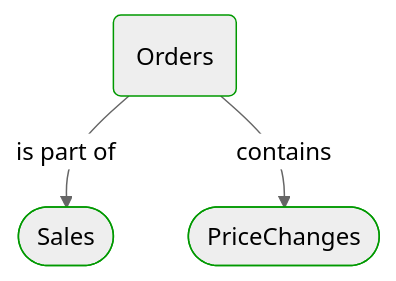
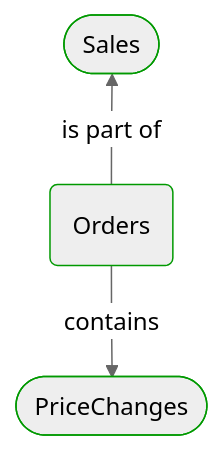
Before and after one commit to itlibrium/DDD-starter-dotnet: the first of 5 diagrams in Docs/P3/MermaidOutput/Modules/Sales/Orders/Orders.md, drawn with Mermaid (neutral theme). The commit also changed other lines of this file and 174 other files, not shown here.

````diff
--- a/Docs/P3/MermaidOutput/Modules/Sales/Orders/Orders.md
+++ b/Docs/P3/MermaidOutput/Modules/Sales/Orders/Orders.md
@@ -20,14 +20,17 @@
 ```mermaid
   flowchart TB
-    0(Orders)
+    0([Sales])
     class 0 DomainPerspective
-    1([Sales])
+    1(Orders)
     class 1 DomainPerspective
-    0-->|is part of|1
+    0---1
+    1-->|is part of|0
+    1---0
     2([PriceChanges])
     class 2 DomainPerspective
-    0-->|contains|2
+    1-->|contains|2
+    linkStyle 0,2 stroke:none
     classDef DomainPerspective stroke:#009900
     classDef TechnologyPerspective stroke:#1F41EB
     classDef PeoplePerspective stroke:#FFF014
 ```
````
